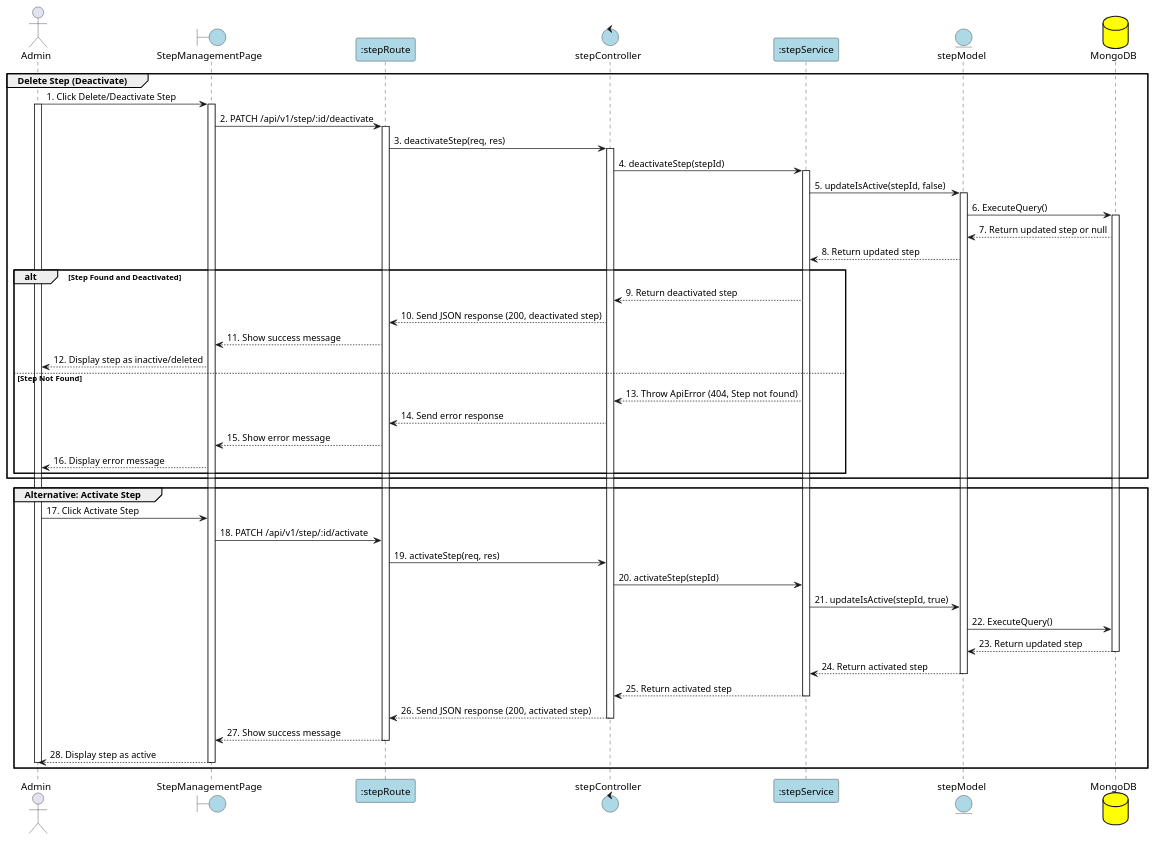
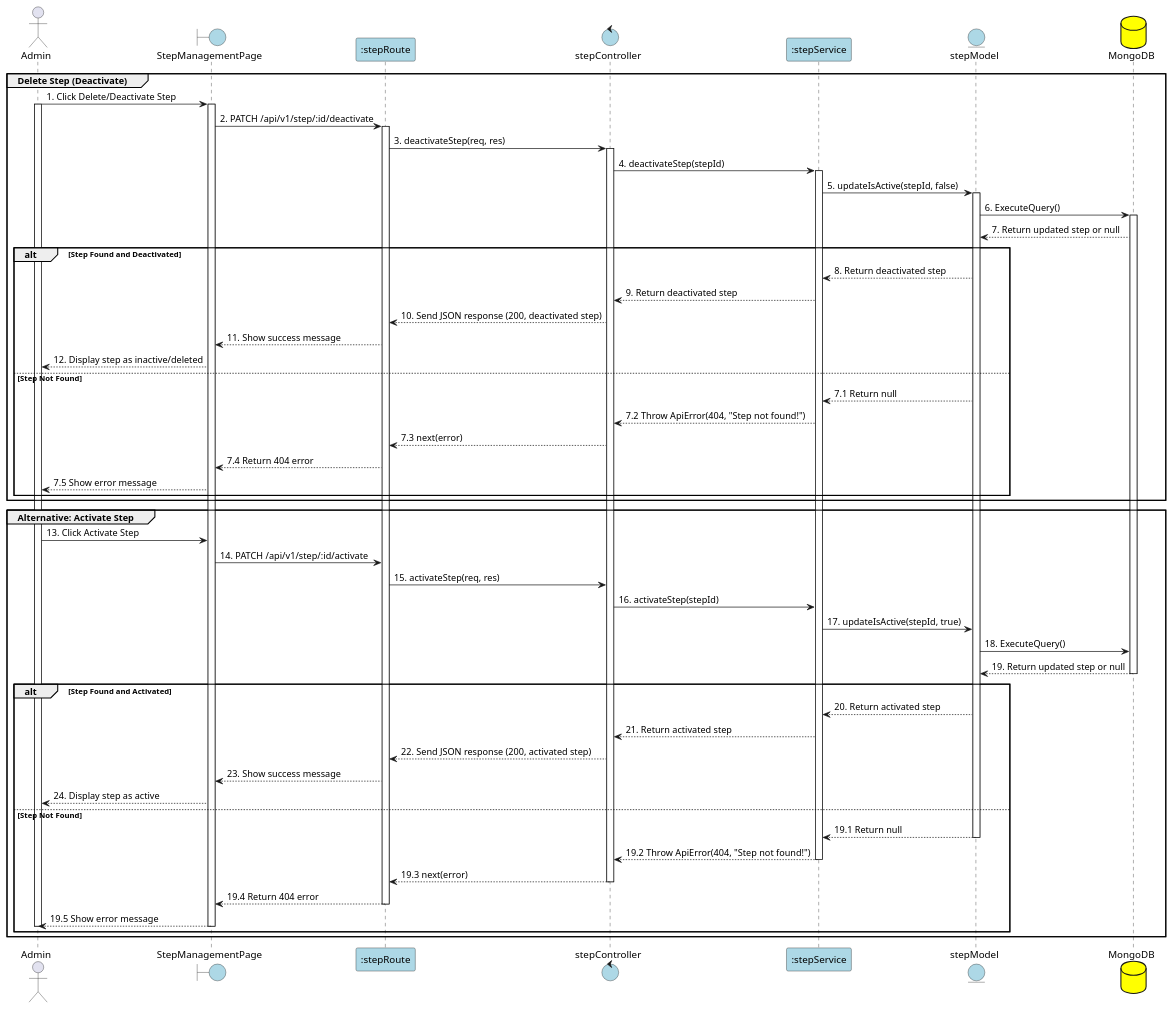
The diagram in PlanUML/32_DeleteStep.puml (Aohkne/CaloCook), drawn with PlantUML before and after one commit. The commit also changed 6 other files, not shown here.

```diff
--- a/PlanUML/32_DeleteStep.puml
+++ b/PlanUML/32_DeleteStep.puml
@@ -1,86 +1,105 @@
 @startuml DeleteStep
 
 actor "Admin" as Admin
 boundary "StepManagementPage" as View #lightblue
 participant ":stepRoute" as Route #lightblue
 control "stepController" as Controller #lightblue
 participant ":stepService" as Service #lightblue
 entity "stepModel" as Model #lightblue
 database "MongoDB" as MongoDB #yellow
 
 group Delete Step (Deactivate)
 Admin -> View: 1. Click Delete/Deactivate Step
 activate Admin
 activate View
 
 View -> Route: 2. PATCH /api/v1/step/:id/deactivate
 activate Route
 
 Route -> Controller: 3. deactivateStep(req, res)
 activate Controller
 
 Controller -> Service: 4. deactivateStep(stepId)
 activate Service
 
 Service -> Model: 5. updateIsActive(stepId, false)
 activate Model
 
 Model -> MongoDB: 6. ExecuteQuery()
 activate MongoDB
 
 MongoDB --> Model: 7. Return updated step or null
 
-Model --> Service: 8. Return updated step
-
 alt Step Found and Deactivated
+    Model --> Service: 8. Return deactivated step
+    
     Service --> Controller: 9. Return deactivated step
-
+    
     Controller --> Route: 10. Send JSON response (200, deactivated step)
-
+    
     Route --> View: 11. Show success message
-
+    
     View --> Admin: 12. Display step as inactive/deleted
 
 else Step Not Found
-    Service --> Controller: 13. Throw ApiError (404, Step not found)
-    Controller --> Route: 14. Send error response
-    Route --> View: 15. Show error message
-    View --> Admin: 16. Display error message
+    Model --> Service: 7.1 Return null
+    
+    Service --> Controller: 7.2 Throw ApiError(404, "Step not found!")
+    
+    Controller --> Route: 7.3 next(error)
+    
+    Route --> View: 7.4 Return 404 error
+    
+    View --> Admin: 7.5 Show error message
 end
+
 end
 
 group Alternative: Activate Step
-Admin -> View: 17. Click Activate Step
+Admin -> View: 13. Click Activate Step
 
-View -> Route: 18. PATCH /api/v1/step/:id/activate
+View -> Route: 14. PATCH /api/v1/step/:id/activate
 
-Route -> Controller: 19. activateStep(req, res)
+Route -> Controller: 15. activateStep(req, res)
 
-Controller -> Service: 20. activateStep(stepId)
+Controller -> Service: 16. activateStep(stepId)
 
-Service -> Model: 21. updateIsActive(stepId, true)
+Service -> Model: 17. updateIsActive(stepId, true)
 
-Model -> MongoDB: 22. ExecuteQuery()
+Model -> MongoDB: 18. ExecuteQuery()
 
-MongoDB --> Model: 23. Return updated step
+MongoDB --> Model: 19. Return updated step or null
 deactivate MongoDB
 
-Model --> Service: 24. Return activated step
-deactivate Model
+alt Step Found and Activated
+    Model --> Service: 20. Return activated step
+    
+    Service --> Controller: 21. Return activated step
+    
+    Controller --> Route: 22. Send JSON response (200, activated step)
+    
+    Route --> View: 23. Show success message
+    
+    View --> Admin: 24. Display step as active
 
-Service --> Controller: 25. Return activated step
-deactivate Service
-
-Controller --> Route: 26. Send JSON response (200, activated step)
-deactivate Controller
-
-Route --> View: 27. Show success message
-deactivate Route
-
-View --> Admin: 28. Display step as active
-deactivate View
-deactivate Admin
+else Step Not Found
+    Model --> Service: 19.1 Return null
+    deactivate Model
+    
+    Service --> Controller: 19.2 Throw ApiError(404, "Step not found!")
+    deactivate Service
+    
+    Controller --> Route: 19.3 next(error)
+    deactivate Controller
+    
+    Route --> View: 19.4 Return 404 error
+    deactivate Route
+    
+    View --> Admin: 19.5 Show error message
+    deactivate View
+    deactivate Admin
+end
 
 end
 
 @enduml
```
